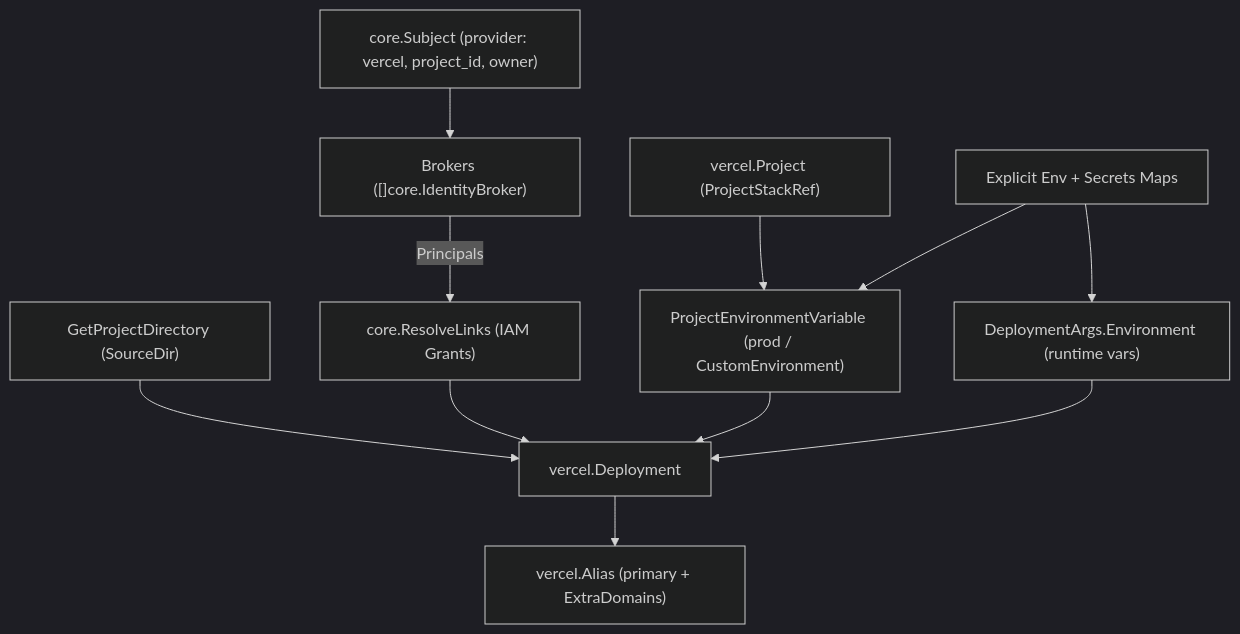
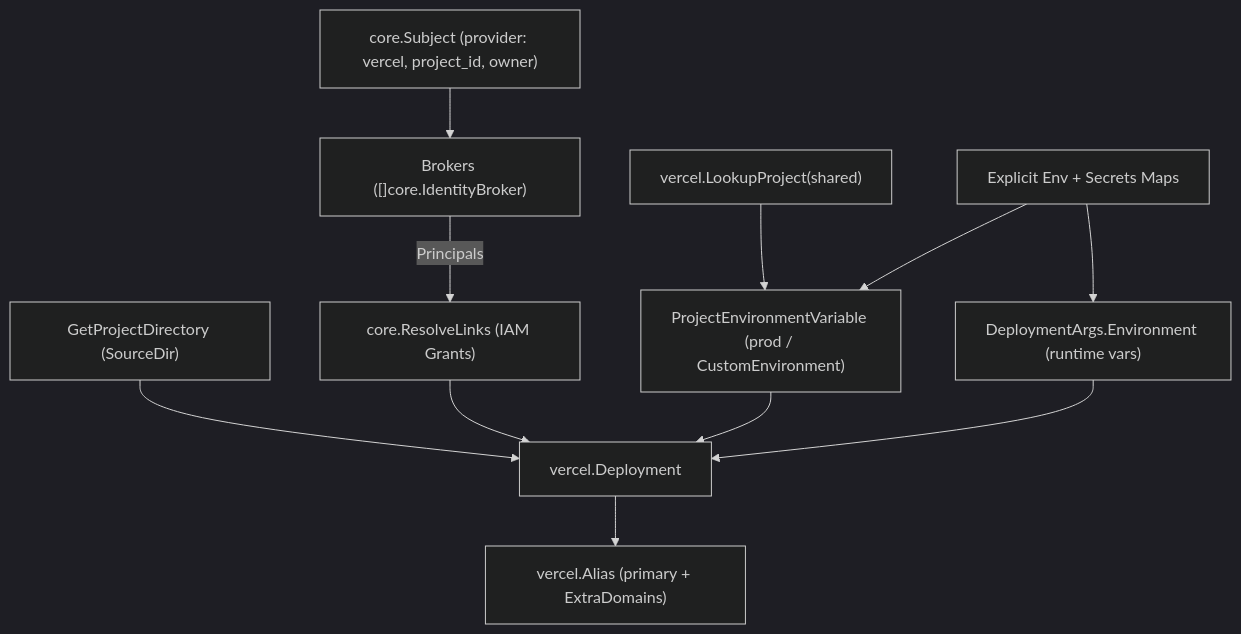
Before and after one commit to cloudvoyant/openbase: the first of 2 diagrams in docs/architecture/providers/vercel/web-app.md, drawn with Mermaid (dark theme). The commit also changed other lines of this file and 64 other files, not shown here.

````diff
--- a/docs/architecture/providers/vercel/web-app.md
+++ b/docs/architecture/providers/vercel/web-app.md
@@ -26,13 +26,13 @@
 ```mermaid
 flowchart TD
-    Proj["vercel.Project (ProjectStackRef)"] --> Vars["ProjectEnvironmentVariable (prod / CustomEnvironment)"]
+    Proj["vercel.LookupProject(shared)"] --> Vars["ProjectEnvironmentVariable (prod / CustomEnvironment)"]
     Sub["core.Subject (provider: vercel, project_id, owner)"] --> Brokers["Brokers ([]core.IdentityBroker)"]
     Brokers -->|"Principals"| Links["core.ResolveLinks (IAM Grants)"]
     CallerEnv["Explicit Env + Secrets Maps"] --> Vars
     CallerEnv --> DepEnv["DeploymentArgs.Environment (runtime vars)"]
     Dir["GetProjectDirectory (SourceDir)"] --> Dep["vercel.Deployment"]
     Links --> Dep
     Vars --> Dep
     DepEnv --> Dep
     Dep --> Alias["vercel.Alias (primary + ExtraDomains)"]
 ```
````
